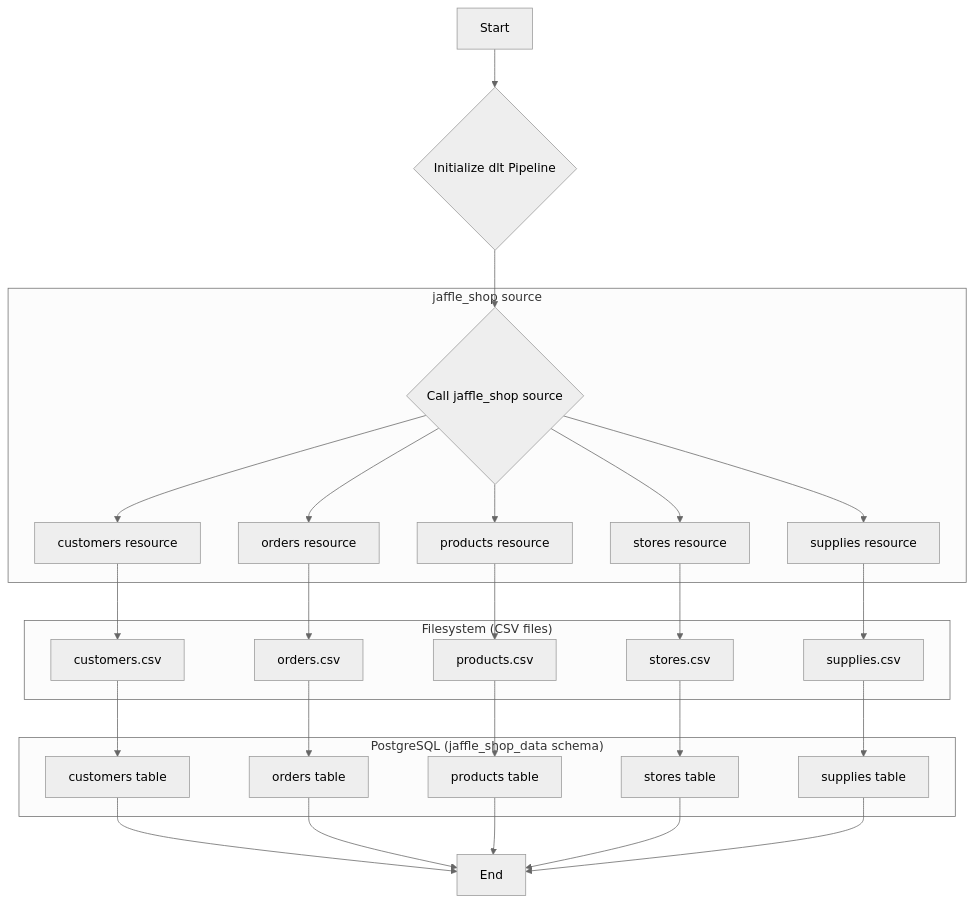
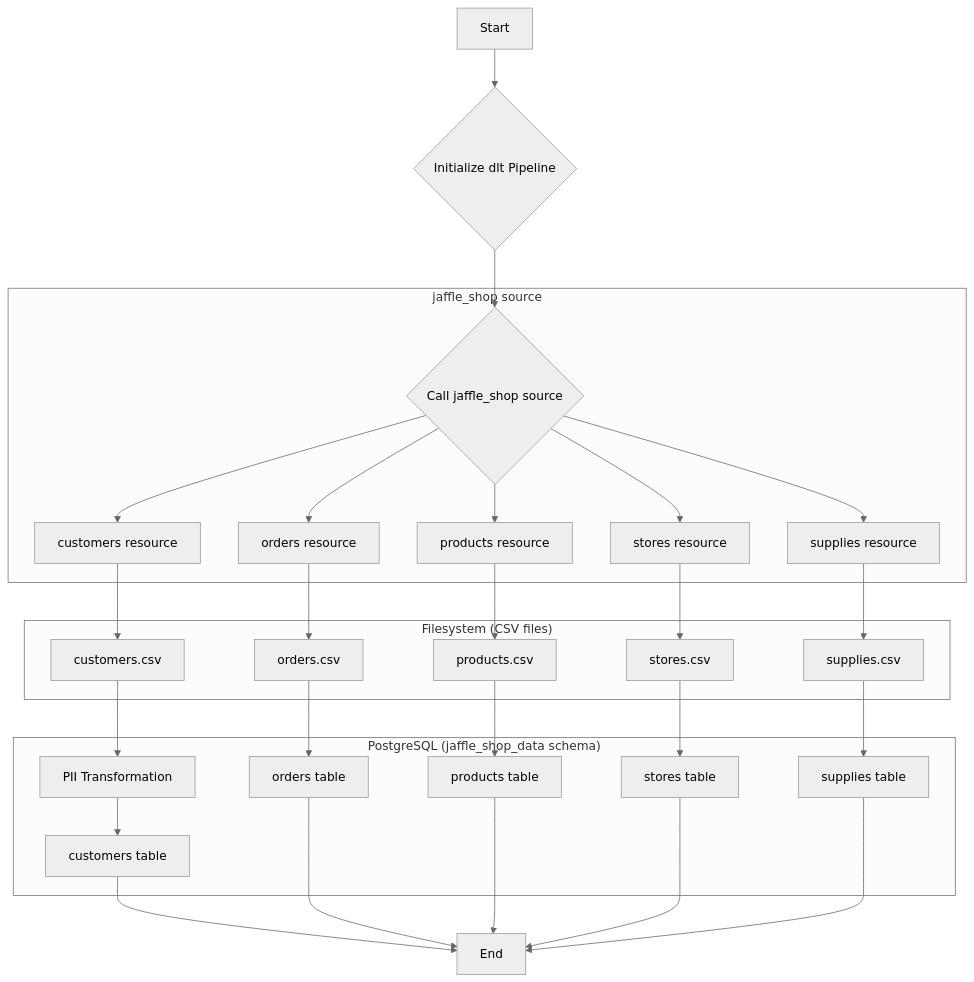
Before and after one commit to aarishgilani/dlt-filesystem-sql: the diagram in docs/source/filesystem_pipeline/filesystem_pipeline.rst, drawn with Mermaid (neutral theme). The commit also changed other lines of this file, not shown here.

Commit message:
update jaffle shop pipeline documentation to include PII handling information

```diff
--- a/docs/source/filesystem_pipeline/filesystem_pipeline.rst
+++ b/docs/source/filesystem_pipeline/filesystem_pipeline.rst
@@ -35,36 +37,38 @@
 .. mermaid::
    :name: filesystem_pipeline_workflow
 
    graph TD
       A[Start] --> B{Initialize dlt Pipeline};
       B --> C{Call jaffle_shop source};
 
       subgraph "jaffle_shop source"
          C --> R1[customers resource]
          C --> R2[orders resource]
          C --> R3[products resource]
          C --> R4[stores resource]
          C --> R5[supplies resource]
       end
 
       subgraph "Filesystem (CSV files)"
          R1 --> F1[customers.csv]
          R2 --> F2[orders.csv]
          R3 --> F3[products.csv]
          R4 --> F4[stores.csv]
          R5 --> F5[supplies.csv]
       end
 
+      F1 --> PII[PII Transformation]
+
       subgraph "PostgreSQL (jaffle_shop_data schema)"
-         F1 --> T1[customers table]
+         PII --> T1[customers table]
          F2 --> T2[orders table]
          F3 --> T3[products table]
          F4 --> T4[stores table]
          F5 --> T5[supplies table]
       end
 
       T1 --> Z[End]
       T2 --> Z
       T3 --> Z
       T4 --> Z
       T5 --> Z
```
